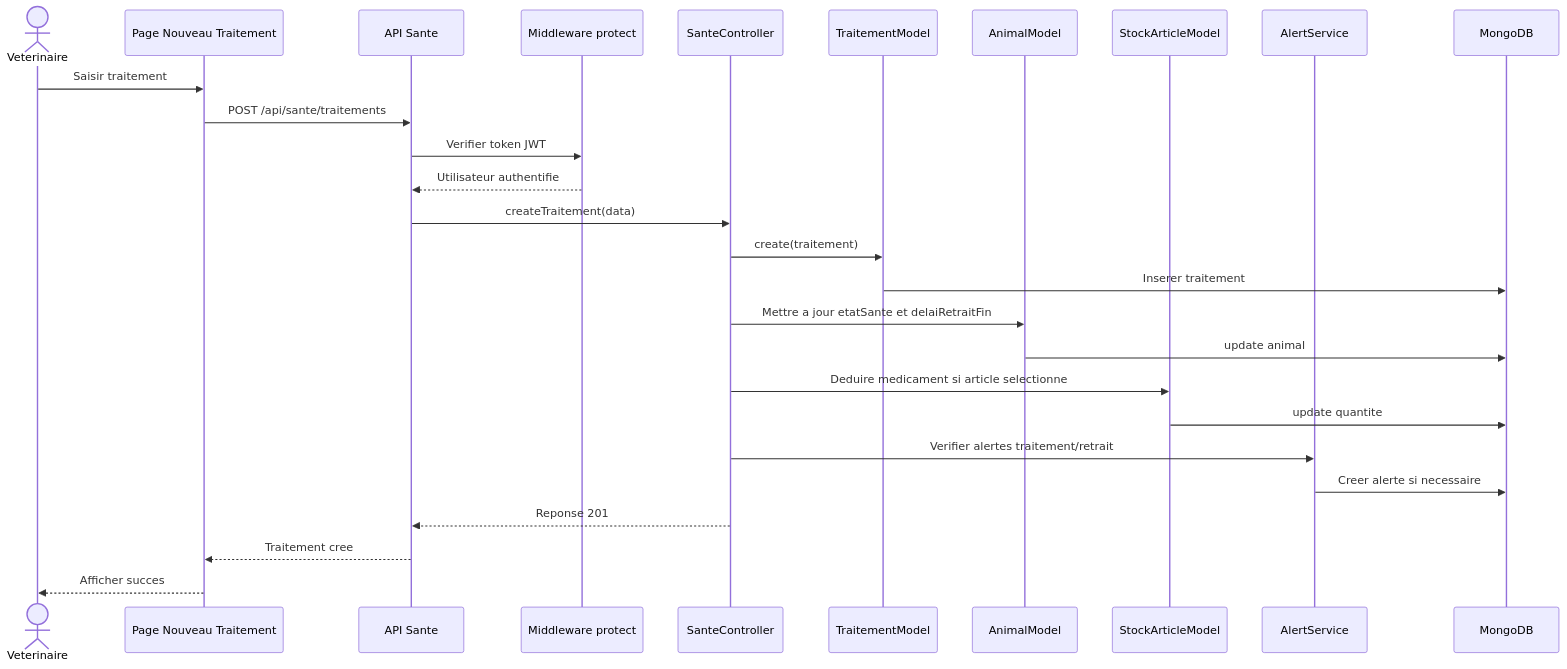
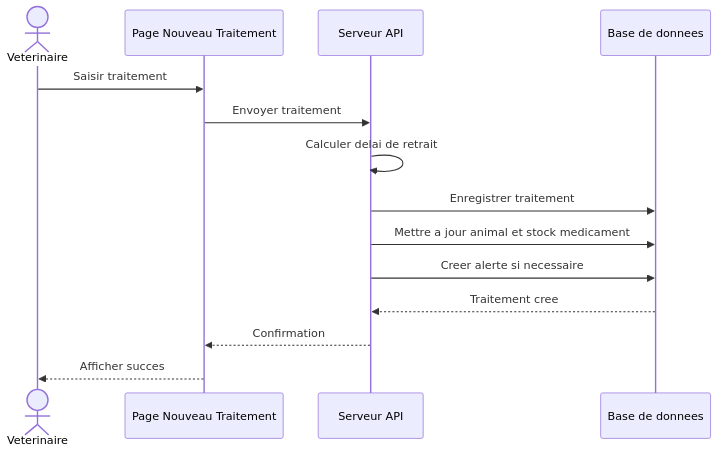
The diagram in tasks/mohamed/sequence-create-traitement.md (Youness-Ailal/bovins_cmc), drawn with Mermaid before and after one commit. The commit also changed 14 other files, not shown here.

````diff
--- a/tasks/mohamed/sequence-create-traitement.md
+++ b/tasks/mohamed/sequence-create-traitement.md
@@ -3,30 +3,17 @@
 ```mermaid
 sequenceDiagram
     actor Veterinaire
-    participant Frontend as Page Nouveau Traitement
-    participant API as API Sante
-    participant Middleware as Middleware protect
-    participant Controller as SanteController
-    participant Traitement as TraitementModel
-    participant Animal as AnimalModel
-    participant Stock as StockArticleModel
-    participant Alertes as AlertService
-    participant DB as MongoDB
+    participant Interface as Page Nouveau Traitement
+    participant Serveur as Serveur API
+    participant DB as Base de donnees
 
-    Veterinaire->>Frontend: Saisir traitement
-    Frontend->>API: POST /api/sante/traitements
-    API->>Middleware: Verifier token JWT
-    Middleware-->>API: Utilisateur authentifie
-    API->>Controller: createTraitement(data)
-    Controller->>Traitement: create(traitement)
-    Traitement->>DB: Inserer traitement
-    Controller->>Animal: Mettre a jour etatSante et delaiRetraitFin
-    Animal->>DB: update animal
-    Controller->>Stock: Deduire medicament si article selectionne
-    Stock->>DB: update quantite
-    Controller->>Alertes: Verifier alertes traitement/retrait
-    Alertes->>DB: Creer alerte si necessaire
-    Controller-->>API: Reponse 201
-    API-->>Frontend: Traitement cree
-    Frontend-->>Veterinaire: Afficher succes
+    Veterinaire->>Interface: Saisir traitement
+    Interface->>Serveur: Envoyer traitement
+    Serveur->>Serveur: Calculer delai de retrait
+    Serveur->>DB: Enregistrer traitement
+    Serveur->>DB: Mettre a jour animal et stock medicament
+    Serveur->>DB: Creer alerte si necessaire
+    DB-->>Serveur: Traitement cree
+    Serveur-->>Interface: Confirmation
+    Interface-->>Veterinaire: Afficher succes
 ```
````
